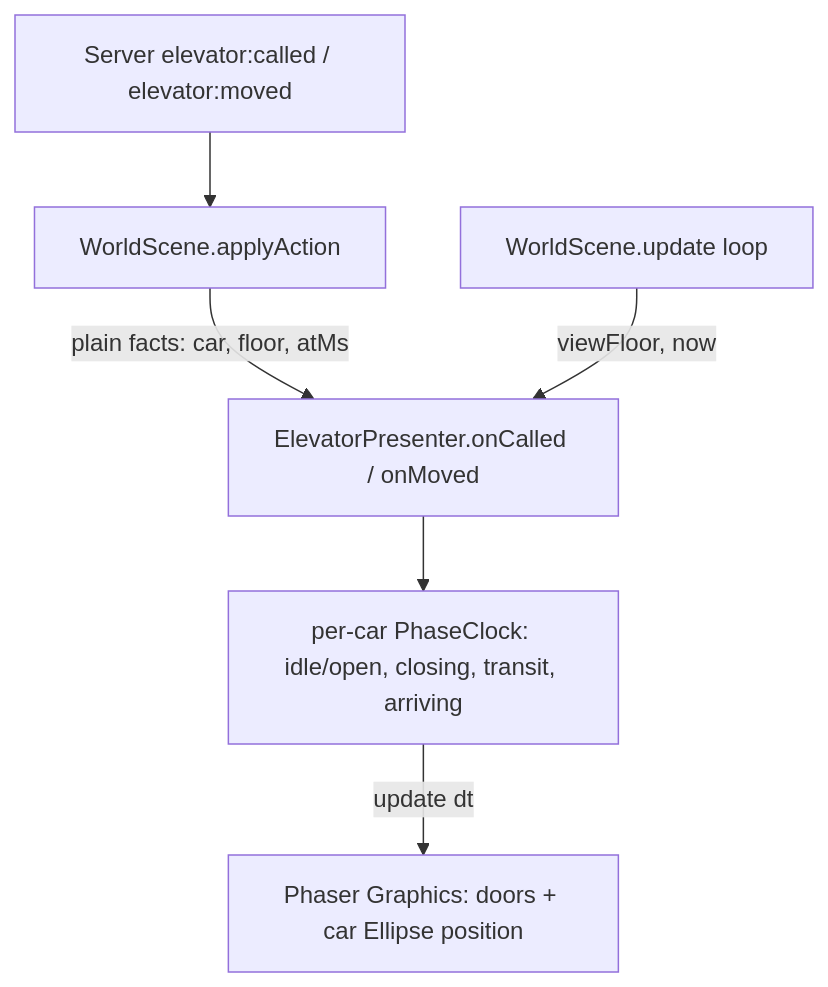
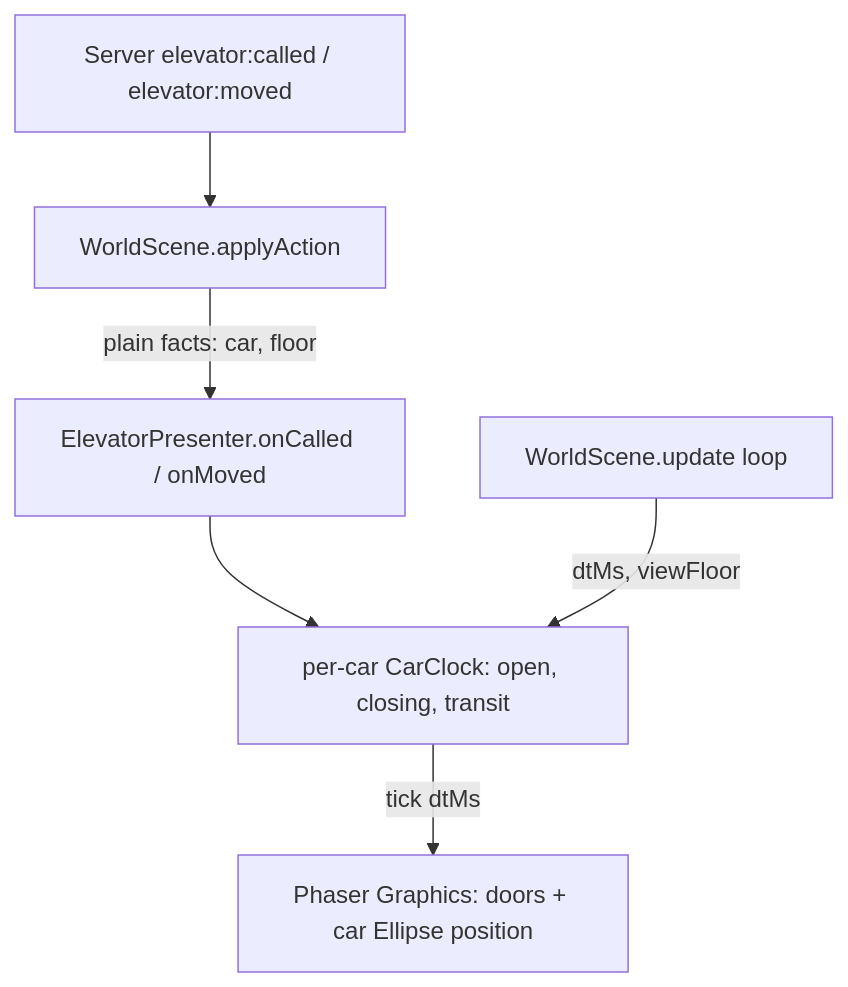
The diagram in .specs/features/elevator-animation/design.md (du2x/playcheckout), drawn with Mermaid before and after one commit. The commit also changed other lines of this file and 4 other files, not shown here.

First line of the commit message:
fix(elevator-animation): re-anchor dwell to elevator:moved, derive timings from TUNING, kill door-geometry mutant

````diff
--- a/.specs/features/elevator-animation/design.md
+++ b/.specs/features/elevator-animation/design.md
@@ -19,8 +20,8 @@
 ```mermaid
 graph TD
     A[Server elevator:called / elevator:moved] --> B[WorldScene.applyAction]
-    B -->|plain facts: car, floor, atMs| C[ElevatorPresenter.onCalled / onMoved]
-    C --> D[per-car PhaseClock: idle/open, closing, transit, arriving]
-    D -->|update dt| E[Phaser Graphics: doors + car Ellipse position]
-    F[WorldScene.update loop] -->|viewFloor, now| C
+    B -->|plain facts: car, floor| C[ElevatorPresenter.onCalled / onMoved]
+    C --> D[per-car CarClock: open, closing, transit]
+    D -->|tick dtMs| E[Phaser Graphics: doors + car Ellipse position]
+    F[WorldScene.update loop] -->|dtMs, viewFloor| D
 ```
````
